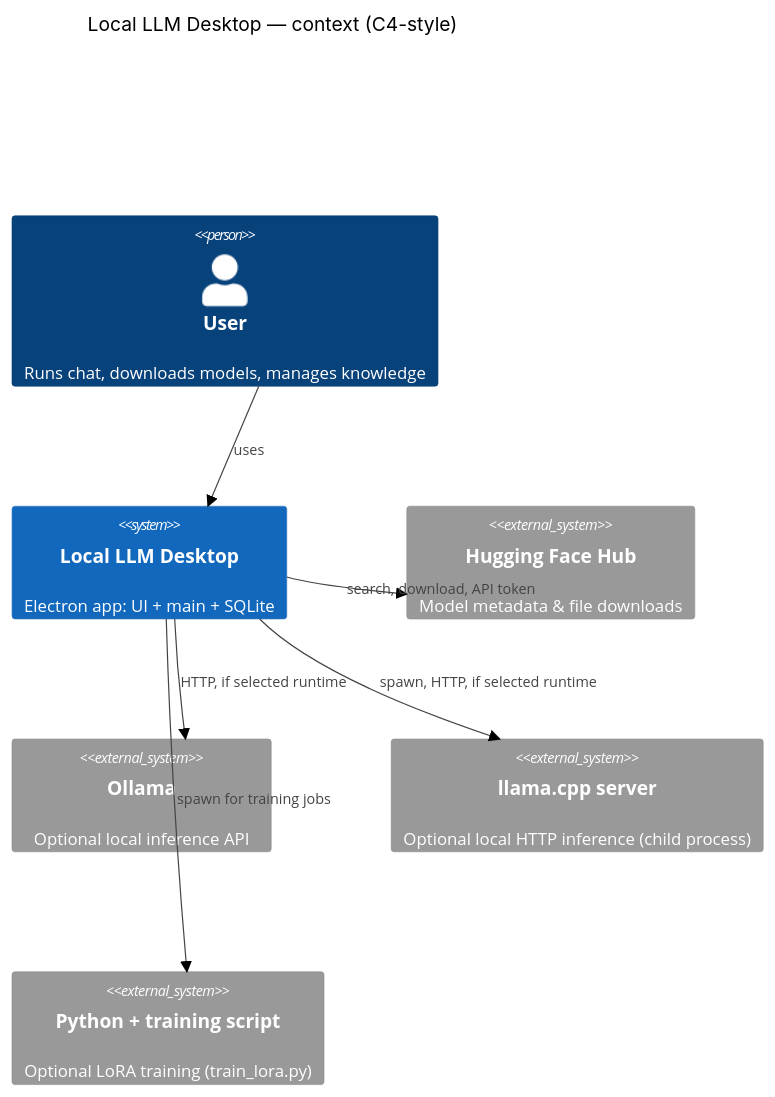
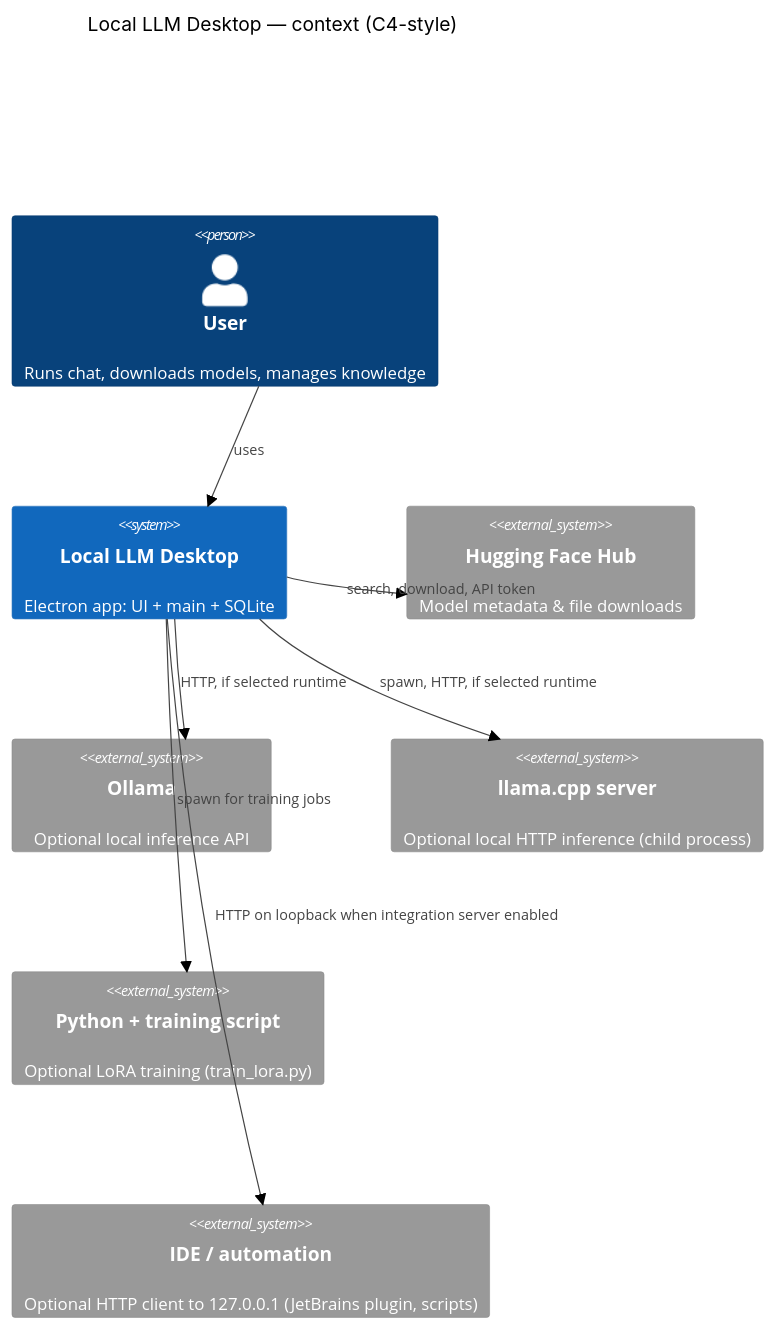
Before and after one commit to groscy/local-llm: the diagram in docs/architecture-arc42/03-context-and-scope.md, drawn with Mermaid (forest theme). The commit also changed other lines of this file and 12 other files, not shown here.

First line of the commit message:
docs: refresh arc42 architecture for metrics, bridge, and runtime

````diff
--- a/docs/architecture-arc42/03-context-and-scope.md
+++ b/docs/architecture-arc42/03-context-and-scope.md
@@ -11,18 +11,20 @@
 ```mermaid
 C4Context
 title Local LLM Desktop — context (C4-style)
 
 Person(user, "User", "Runs chat, downloads models, manages knowledge")
 System(app, "Local LLM Desktop", "Electron app: UI + main + SQLite")
 
 System_Ext(hf, "Hugging Face Hub", "Model metadata & file downloads")
 System_Ext(ollama, "Ollama", "Optional local inference API")
 System_Ext(llama, "llama.cpp server", "Optional local HTTP inference (child process)")
 System_Ext(py, "Python + training script", "Optional LoRA training (train_lora.py)")
+System_Ext(ide, "IDE / automation", "Optional HTTP client to 127.0.0.1 (JetBrains plugin, scripts)")
 
 Rel(user, app, "uses")
 Rel(app, hf, "search, download, API token")
 Rel(app, ollama, "HTTP, if selected runtime")
 Rel(app, llama, "spawn, HTTP, if selected runtime")
 Rel(app, py, "spawn for training jobs")
+Rel(app, ide, "HTTP on loopback when integration server enabled")
 ```
````
